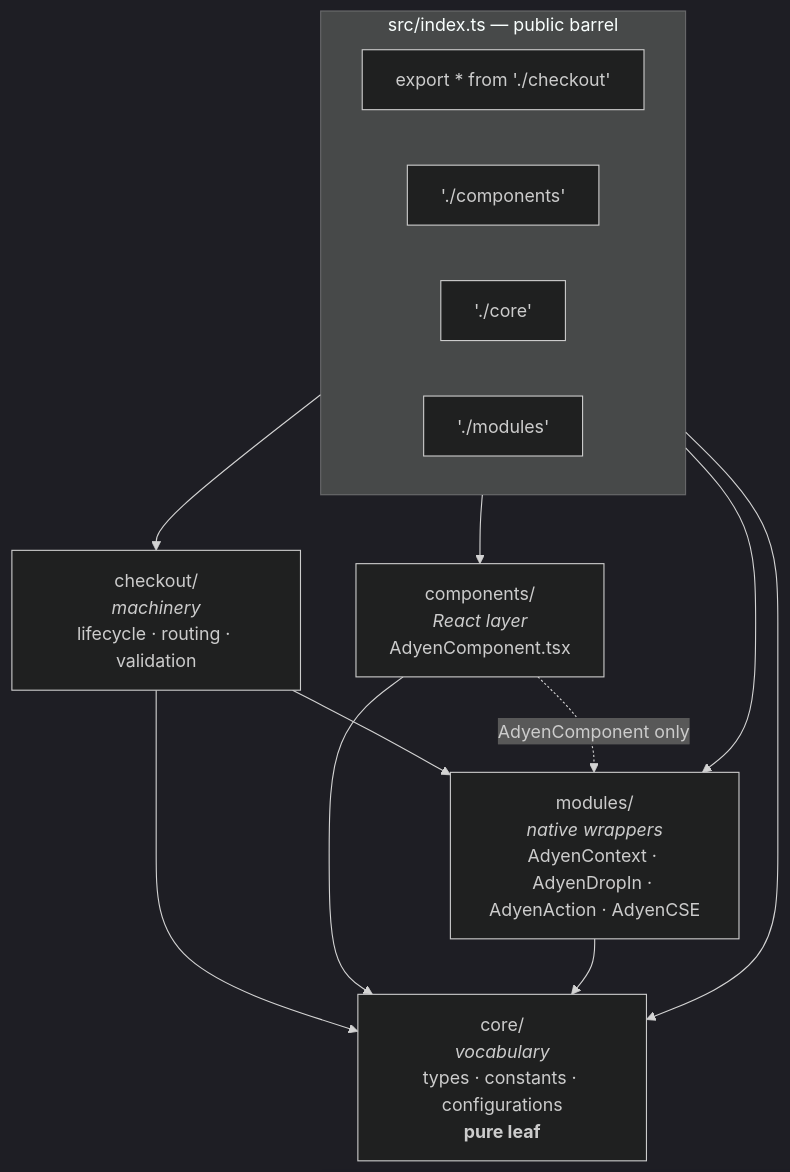
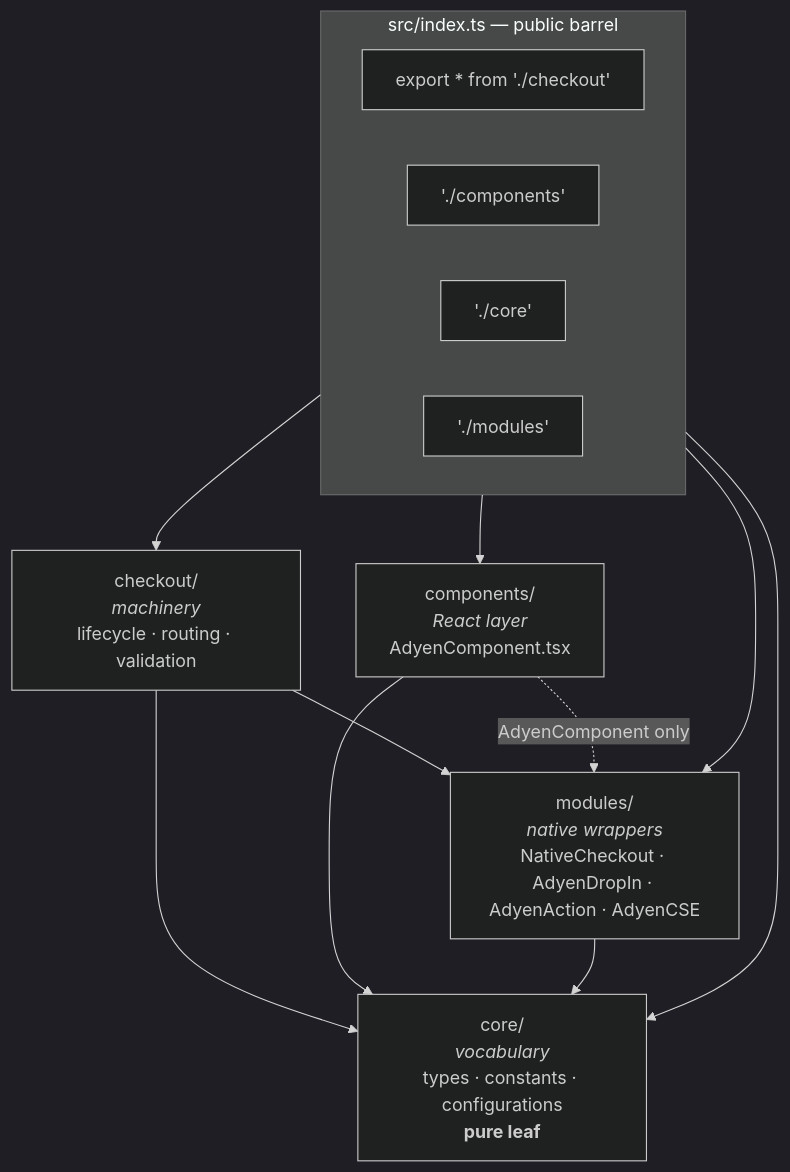
Before and after one commit to Adyen/adyen-react-native: the first of 6 diagrams in docs/js-architecture.md, drawn with Mermaid (dark theme). The commit also changed other lines of this file and 17 other files, not shown here.

First line of the commit message:
refactor!: rename the AdyenContext bridge module to AdyenCheckout

````diff
--- a/docs/js-architecture.md
+++ b/docs/js-architecture.md
@@ -11,22 +11,22 @@
 ```mermaid
 flowchart TD
   subgraph pub["src/index.ts — public barrel"]
     direction LR
     B1["export * from './checkout'"]
     B2["'./components'"]
     B3["'./core'"]
     B4["'./modules'"]
   end
 
   CO["core/<br/><i>vocabulary</i><br/>types · constants · configurations<br/><b>pure leaf</b>"]
   CH["checkout/<br/><i>machinery</i><br/>lifecycle · routing · validation"]
   CM["components/<br/><i>React layer</i><br/>AdyenComponent.tsx"]
-  MO["modules/<br/><i>native wrappers</i><br/>AdyenContext · AdyenDropIn · AdyenAction · AdyenCSE"]
+  MO["modules/<br/><i>native wrappers</i><br/>NativeCheckout · AdyenDropIn · AdyenAction · AdyenCSE"]
 
   pub --> CH & CM & CO & MO
   CH --> CO
   CH --> MO
   CM --> CO
   CM -.->|"AdyenComponent only"| MO
   MO --> CO
 ```
````
